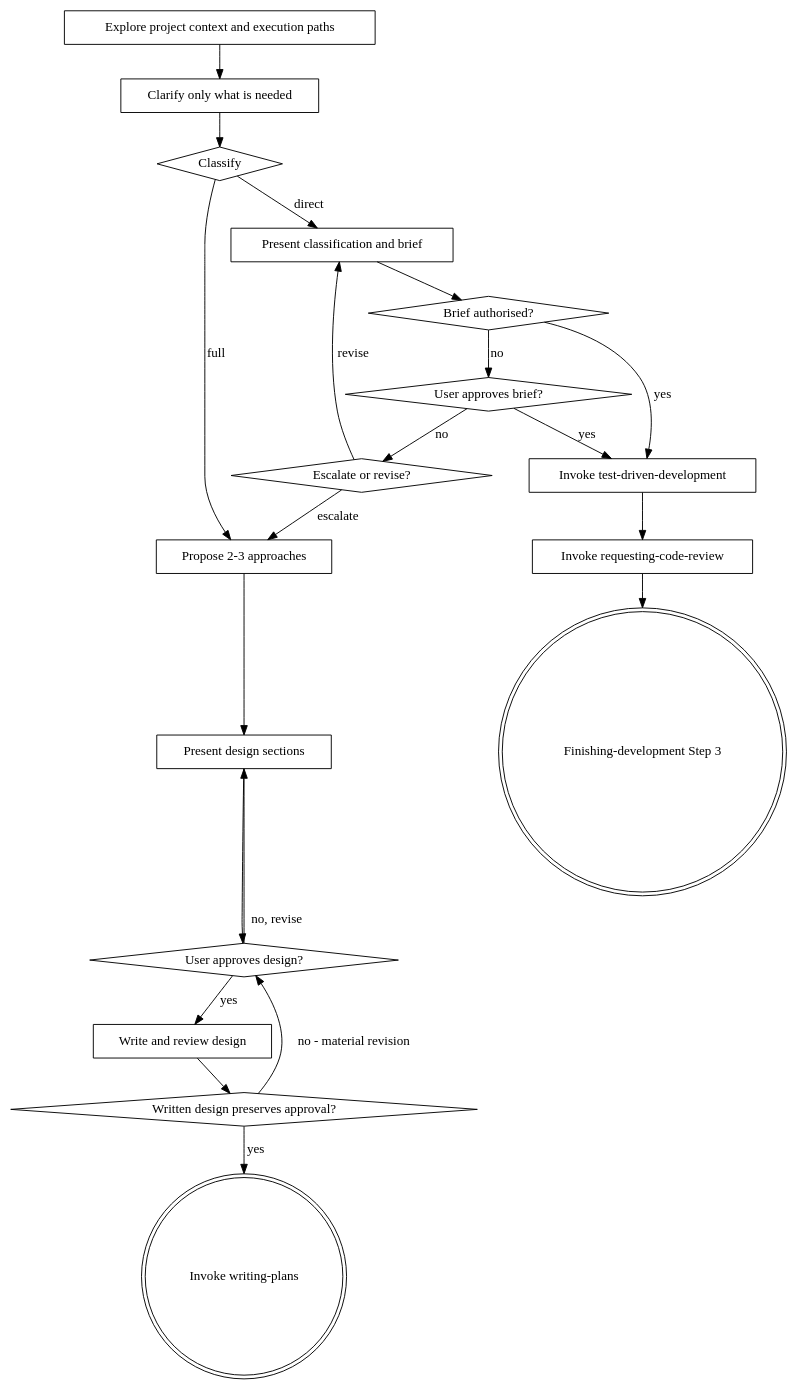
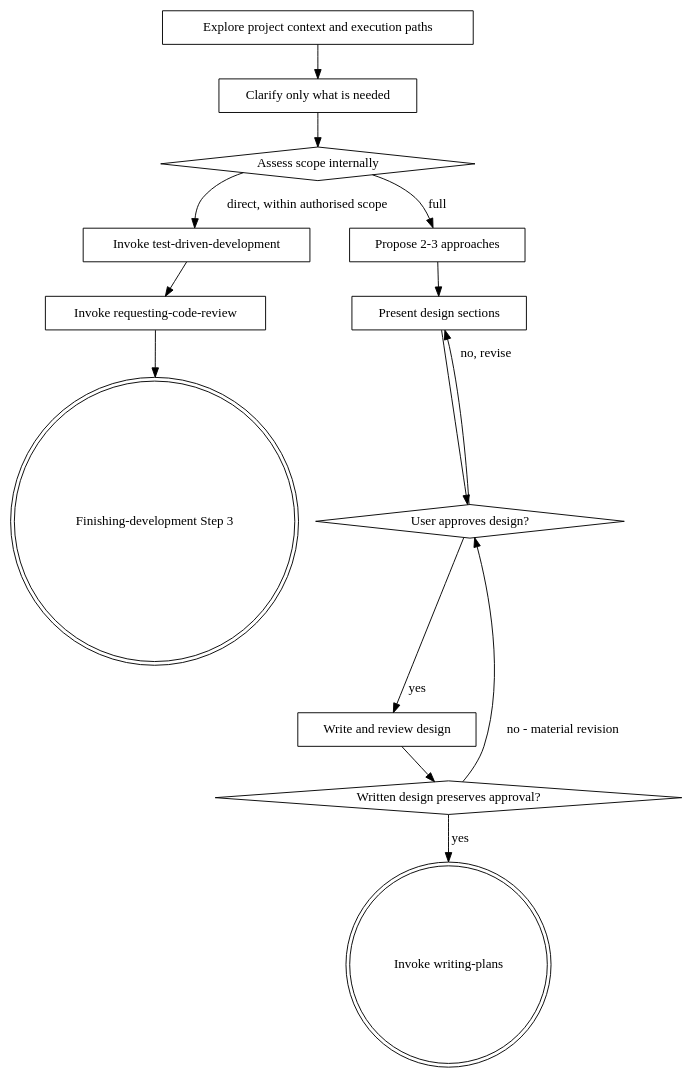
The diagram in skills/brainstorming/SKILL.md (j10t-dev/1337-skills), drawn with Graphviz before and after one commit. The commit also changed other lines of this file and 34 other files, not shown here.

````diff
--- a/skills/brainstorming/SKILL.md
+++ b/skills/brainstorming/SKILL.md
@@ -40,41 +30,30 @@
 ```dot
 digraph brainstorming {
     "Explore project context and execution paths" [shape=box];
     "Clarify only what is needed" [shape=box];
-    "Classify" [shape=diamond];
-    "Present classification and brief" [shape=box];
-    "Brief authorised?" [shape=diamond];
-    "User approves brief?" [shape=diamond];
-    "Escalate or revise?" [shape=diamond];
+    "Assess scope internally" [shape=diamond];
     "Invoke test-driven-development" [shape=box];
     "Invoke requesting-code-review" [shape=box];
     "Finishing-development Step 3" [shape=doublecircle];
     "Propose 2-3 approaches" [shape=box];
     "Present design sections" [shape=box];
     "User approves design?" [shape=diamond];
     "Write and review design" [shape=box];
     "Written design preserves approval?" [shape=diamond];
     "Invoke writing-plans" [shape=doublecircle];
 
     "Explore project context and execution paths" -> "Clarify only what is needed";
-    "Clarify only what is needed" -> "Classify";
-    "Classify" -> "Present classification and brief" [label="direct"];
-    "Classify" -> "Propose 2-3 approaches" [label="full"];
-    "Present classification and brief" -> "Brief authorised?";
-    "Brief authorised?" -> "Invoke test-driven-development" [label="yes"];
-    "Brief authorised?" -> "User approves brief?" [label="no"];
-    "User approves brief?" -> "Invoke test-driven-development" [label="yes"];
-    "User approves brief?" -> "Escalate or revise?" [label="no"];
-    "Escalate or revise?" -> "Propose 2-3 approaches" [label="escalate"];
-    "Escalate or revise?" -> "Present classification and brief" [label="revise"];
+    "Clarify only what is needed" -> "Assess scope internally";
+    "Assess scope internally" -> "Invoke test-driven-development" [label="direct, within authorised scope"];
+    "Assess scope internally" -> "Propose 2-3 approaches" [label="full"];
     "Invoke test-driven-development" -> "Invoke requesting-code-review";
     "Invoke requesting-code-review" -> "Finishing-development Step 3";
     "Propose 2-3 approaches" -> "Present design sections";
     "Present design sections" -> "User approves design?";
     "User approves design?" -> "Present design sections" [label="no, revise"];
     "User approves design?" -> "Write and review design" [label="yes"];
     "Write and review design" -> "Written design preserves approval?";
     "Written design preserves approval?" -> "User approves design?" [label="no - material revision"];
     "Written design preserves approval?" -> "Invoke writing-plans" [label="yes"];
 }
 ```
````
